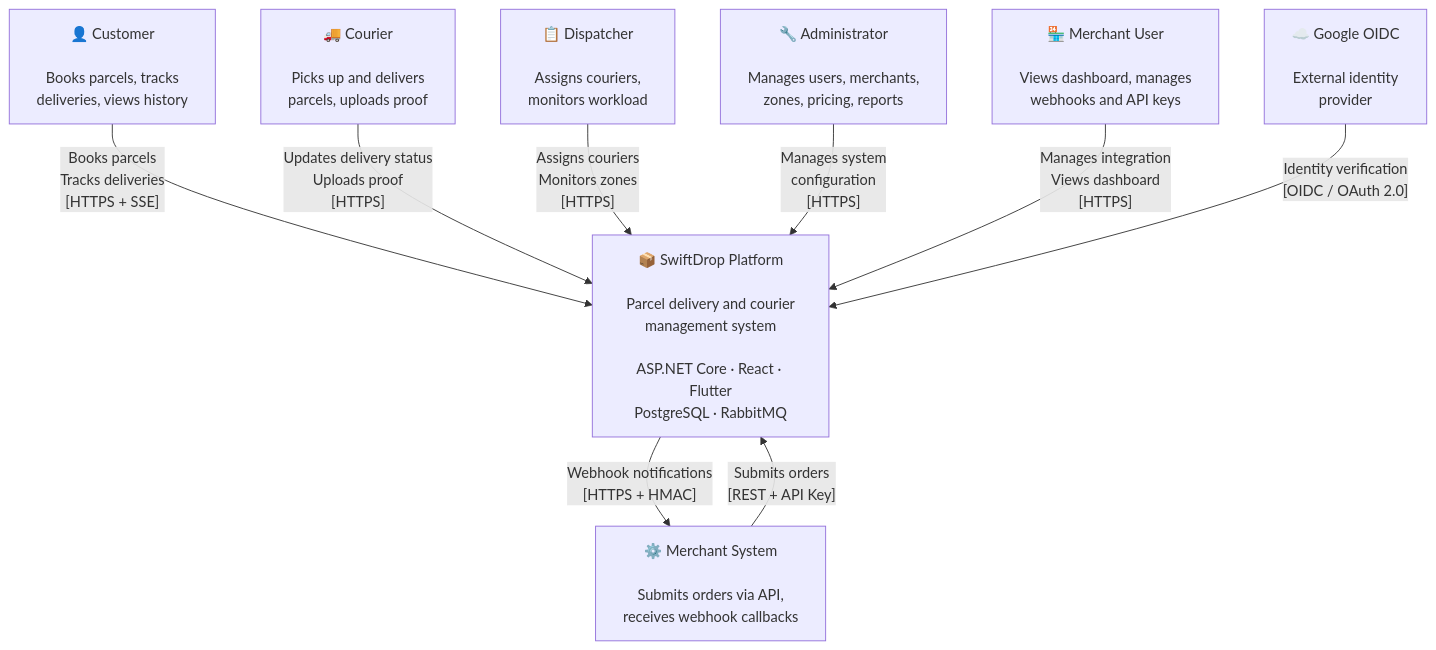
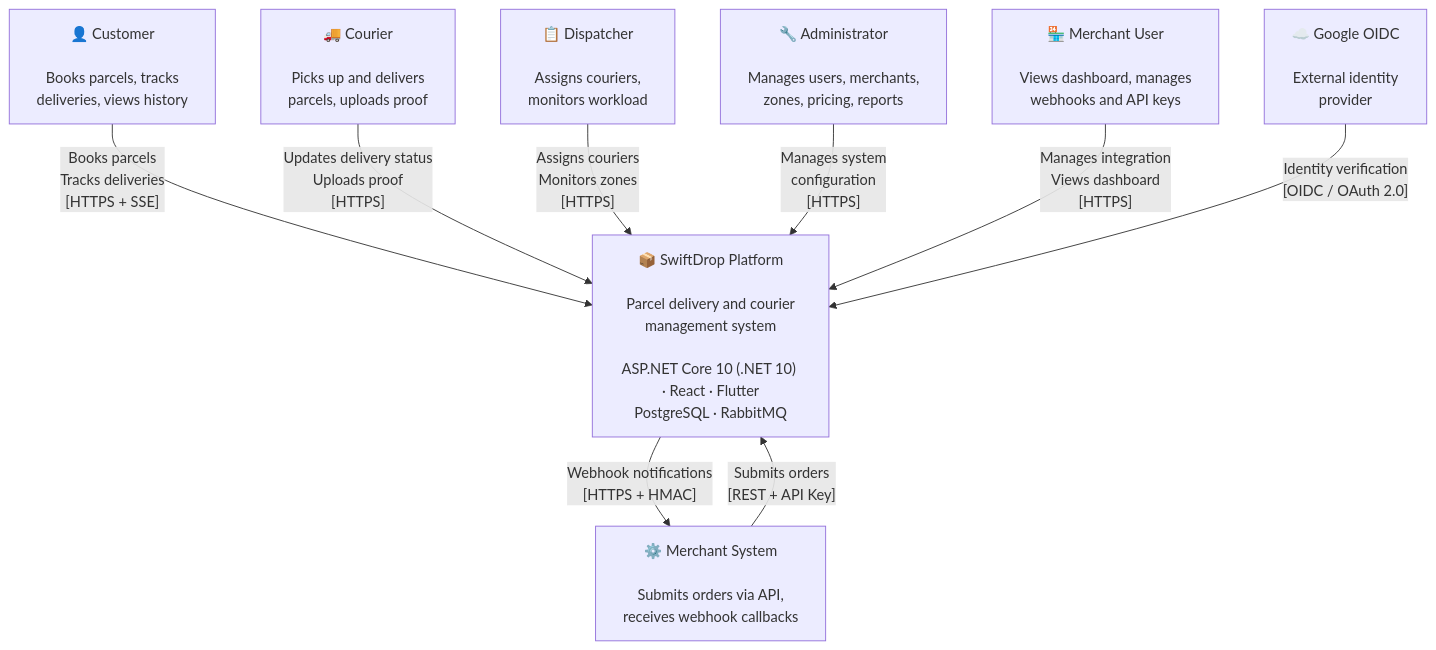
The diagram in architecture/system-context.md (SwiftDrop-Group09/swiftdrop-docs), drawn with Mermaid before and after one commit. The commit also changed 22 other files, not shown here.

````diff
--- a/architecture/system-context.md
+++ b/architecture/system-context.md
@@ -15,23 +15,23 @@
 ```mermaid
 flowchart TB
     customer["👤 Customer\n\nBooks parcels, tracks\ndeliveries, views history"]
     courier["🚚 Courier\n\nPicks up and delivers\nparcels, uploads proof"]
     dispatcher["📋 Dispatcher\n\nAssigns couriers,\nmonitors workload"]
     admin["🔧 Administrator\n\nManages users, merchants,\nzones, pricing, reports"]
 
     merchantUser["🏪 Merchant User\n\nViews dashboard, manages\nwebhooks and API keys"]
     merchantSys["⚙️ Merchant System\n\nSubmits orders via API,\nreceives webhook callbacks"]
 
     google["☁️ Google OIDC\n\nExternal identity\nprovider"]
 
-    swiftdrop["📦 SwiftDrop Platform\n\nParcel delivery and courier\nmanagement system\n\nASP.NET Core · React · Flutter\nPostgreSQL · RabbitMQ"]
+    swiftdrop["📦 SwiftDrop Platform\n\nParcel delivery and courier\nmanagement system\n\nASP.NET Core 10 (.NET 10) · React · Flutter\nPostgreSQL · RabbitMQ"]
 
     customer -->|"Books parcels\nTracks deliveries\n[HTTPS + SSE]"| swiftdrop
     courier -->|"Updates delivery status\nUploads proof\n[HTTPS]"| swiftdrop
     dispatcher -->|"Assigns couriers\nMonitors zones\n[HTTPS]"| swiftdrop
     admin -->|"Manages system\nconfiguration\n[HTTPS]"| swiftdrop
     merchantUser -->|"Manages integration\nViews dashboard\n[HTTPS]"| swiftdrop
     merchantSys -->|"Submits orders\n[REST + API Key]"| swiftdrop
     swiftdrop -->|"Webhook notifications\n[HTTPS + HMAC]"| merchantSys
     google -->|"Identity verification\n[OIDC / OAuth 2.0]"| swiftdrop
 ```
````
